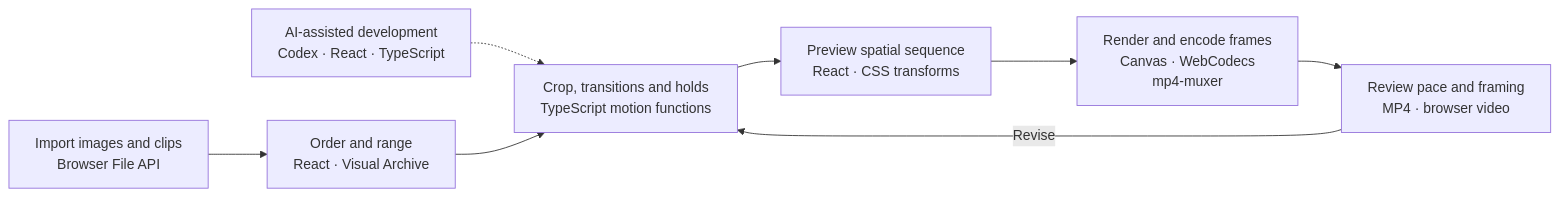
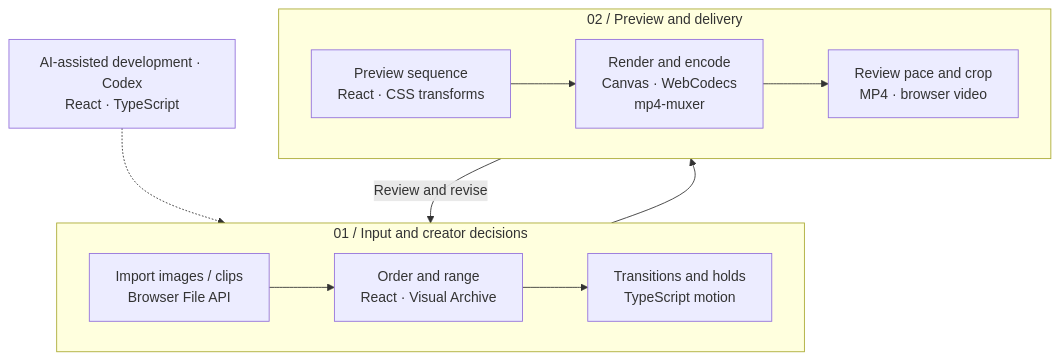
The diagram in projects/05-spatial-media-presenter/README.md (MuwenTriLi/creative-workflows), drawn with Mermaid before and after one commit. The commit also changed 4 other files, not shown here.

````diff
--- a/projects/05-spatial-media-presenter/README.md
+++ b/projects/05-spatial-media-presenter/README.md
@@ -47,10 +47,17 @@
 ```mermaid
-flowchart LR
-    DEV["AI-assisted development<br/>Codex · React · TypeScript"] -.-> C
-    A["Import images and clips<br/>Browser File API"] --> B["Order and range<br/>React · Visual Archive"]
-    B --> C["Crop, transitions and holds<br/>TypeScript motion functions"]
-    C --> D["Preview spatial sequence<br/>React · CSS transforms"]
-    D --> E["Render and encode frames<br/>Canvas · WebCodecs<br/>mp4-muxer"]
-    E --> F["Review pace and framing<br/>MP4 · browser video"]
-    F -->|Revise| C
+flowchart TB
+    DEV["AI-assisted development · Codex<br/>React · TypeScript"]
+    subgraph INPUT["01 / Input and creator decisions"]
+        direction LR
+        A["Import images / clips<br/>Browser File API"] --> B["Order and range<br/>React · Visual Archive"]
+        B --> C["Transitions and holds<br/>TypeScript motion"]
+    end
+    subgraph OUTPUT["02 / Preview and delivery"]
+        direction LR
+        D["Preview sequence<br/>React · CSS transforms"] --> E["Render and encode<br/>Canvas · WebCodecs<br/>mp4-muxer"]
+        E --> F["Review pace and crop<br/>MP4 · browser video"]
+    end
+    DEV -.-> INPUT
+    INPUT --> OUTPUT
+    OUTPUT -->|Review and revise| INPUT
 ```
````
